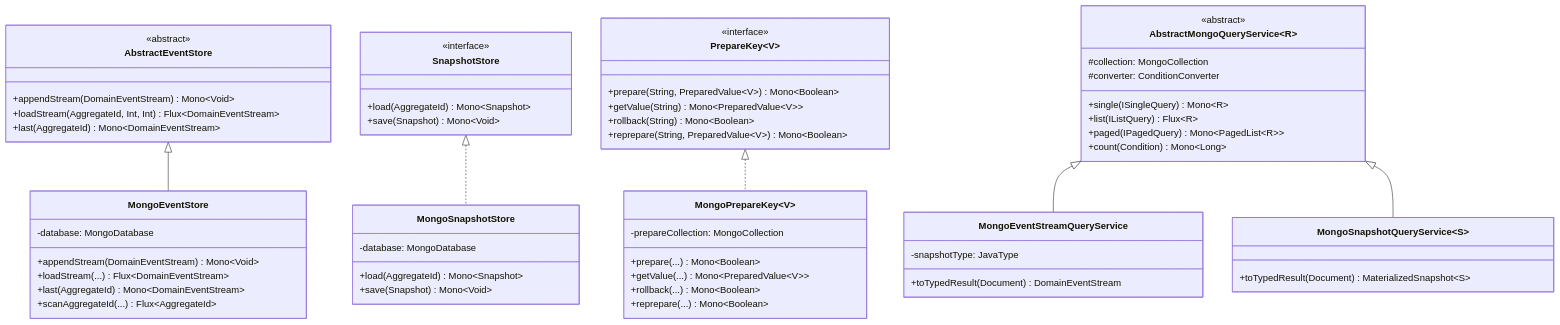
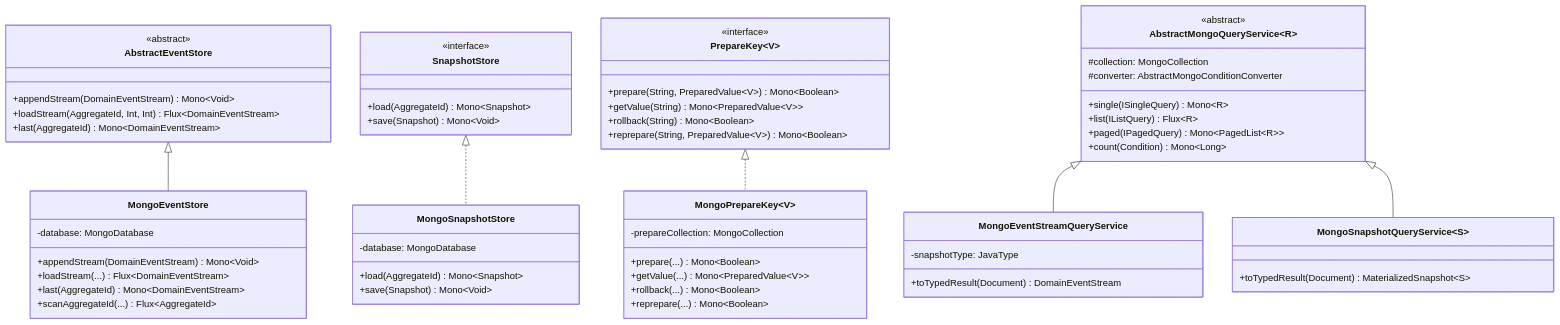
Before and after one commit to Ahoo-Wang/Wow: the third of 3 diagrams in documentation/docs/en/guide/extensions/mongo.md, drawn with Mermaid. The commit also changed 22 other files, not shown here.

Commit message:
refactor(query): retire internal condition converter

````diff
--- a/documentation/docs/en/guide/extensions/mongo.md
+++ b/documentation/docs/en/guide/extensions/mongo.md
@@ -460,72 +460,72 @@
 ```mermaid
 classDiagram
     direction TB
 
     class AbstractEventStore {
         <<abstract>>
         +appendStream(DomainEventStream) Mono~Void~
         +loadStream(AggregateId, Int, Int) Flux~DomainEventStream~
         +last(AggregateId) Mono~DomainEventStream~
     }
 
     class MongoEventStore {
         -database: MongoDatabase
         +appendStream(DomainEventStream) Mono~Void~
         +loadStream(...) Flux~DomainEventStream~
         +last(AggregateId) Mono~DomainEventStream~
         +scanAggregateId(...) Flux~AggregateId~
     }
 
     class SnapshotStore {
         <<interface>>
         +load(AggregateId) Mono~Snapshot~
         +save(Snapshot) Mono~Void~
     }
 
     class MongoSnapshotStore {
         -database: MongoDatabase
         +load(AggregateId) Mono~Snapshot~
         +save(Snapshot) Mono~Void~
     }
 
     class PrepareKey~V~ {
         <<interface>>
         +prepare(String, PreparedValue~V~) Mono~Boolean~
         +getValue(String) Mono~PreparedValue~V~~
         +rollback(String) Mono~Boolean~
         +reprepare(String, PreparedValue~V~) Mono~Boolean~
     }
 
     class MongoPrepareKey~V~ {
         -prepareCollection: MongoCollection
         +prepare(...) Mono~Boolean~
         +getValue(...) Mono~PreparedValue~V~~
         +rollback(...) Mono~Boolean~
         +reprepare(...) Mono~Boolean~
     }
 
     class AbstractMongoQueryService~R~ {
         <<abstract>>
         #collection: MongoCollection
-        #converter: ConditionConverter
+        #converter: AbstractMongoConditionConverter
         +single(ISingleQuery) Mono~R~
         +list(IListQuery) Flux~R~
         +paged(IPagedQuery) Mono~PagedList~R~~
         +count(Condition) Mono~Long~
     }
 
     class MongoEventStreamQueryService {
         -snapshotType: JavaType
         +toTypedResult(Document) DomainEventStream
     }
 
     class MongoSnapshotQueryService~S~ {
         +toTypedResult(Document) MaterializedSnapshot~S~
     }
 
     AbstractEventStore <|-- MongoEventStore
     SnapshotStore <|.. MongoSnapshotStore
     PrepareKey <|.. MongoPrepareKey
     AbstractMongoQueryService <|-- MongoEventStreamQueryService
     AbstractMongoQueryService <|-- MongoSnapshotQueryService
 ```
````
